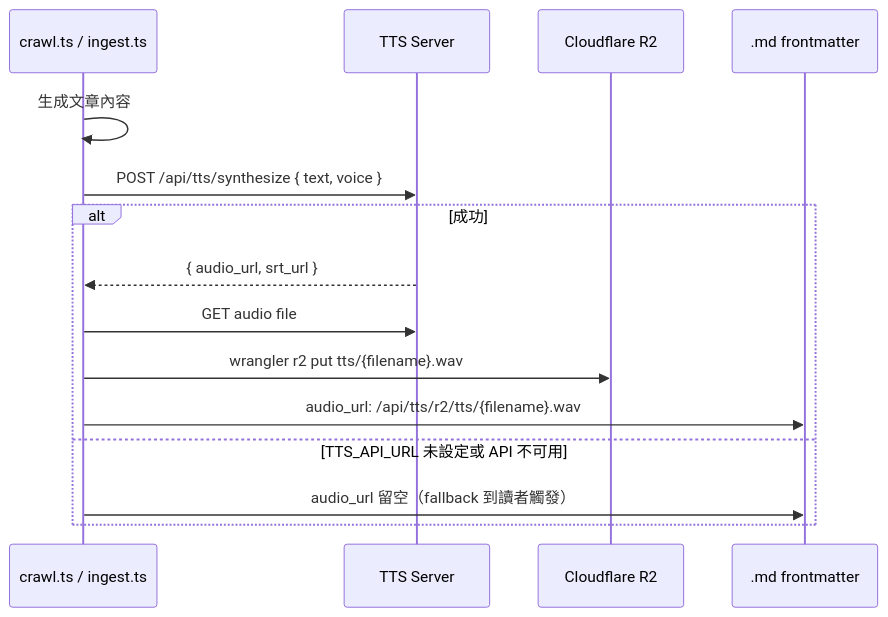
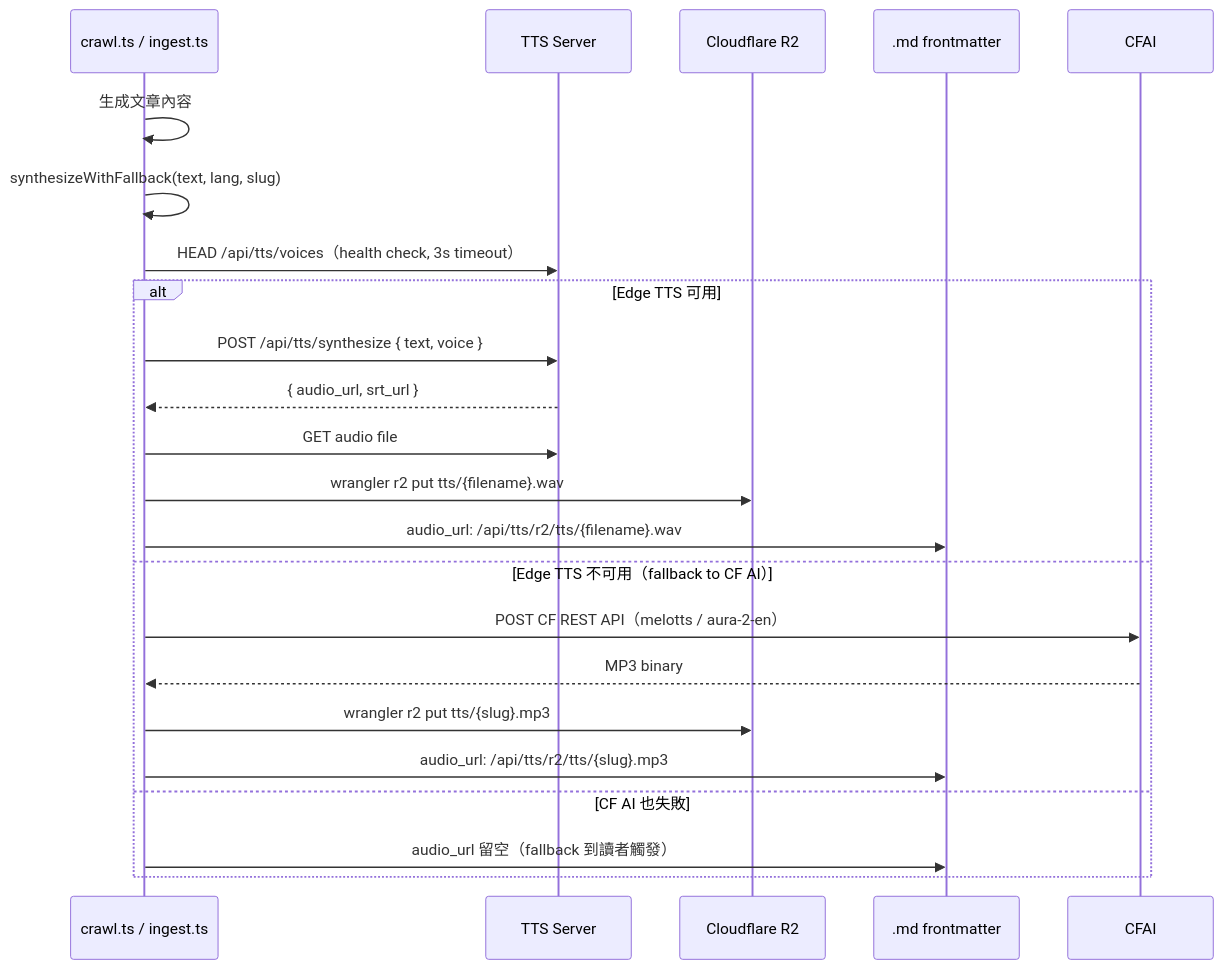
Before and after one commit to a920604a/engineernews: the first of 4 diagrams in docs/pipelines/tts.md, drawn with Mermaid. The commit also changed other lines of this file and 9 other files, not shown here.

First line of the commit message:
openspec: archive tts-cf-ai-fallback, sync specs, update docs

````diff
--- a/docs/pipelines/tts.md
+++ b/docs/pipelines/tts.md
@@ -34,18 +40,25 @@
 ```mermaid
 sequenceDiagram
   participant Script as crawl.ts / ingest.ts
   participant TTS as TTS Server
   participant R2 as Cloudflare R2
   participant MD as .md frontmatter
 
   Script->>Script: 生成文章內容
-  Script->>TTS: POST /api/tts/synthesize { text, voice }
-  alt 成功
+  Script->>Script: synthesizeWithFallback(text, lang, slug)
+  Script->>TTS: HEAD /api/tts/voices（health check, 3s timeout）
+  alt Edge TTS 可用
+    Script->>TTS: POST /api/tts/synthesize { text, voice }
     TTS-->>Script: { audio_url, srt_url }
     Script->>TTS: GET audio file
     Script->>R2: wrangler r2 put tts/{filename}.wav
     Script->>MD: audio_url: /api/tts/r2/tts/{filename}.wav
-  else TTS_API_URL 未設定或 API 不可用
+  else Edge TTS 不可用（fallback to CF AI）
+    Script->>CFAI: POST CF REST API（melotts / aura-2-en）
+    CFAI-->>Script: MP3 binary
+    Script->>R2: wrangler r2 put tts/{slug}.mp3
+    Script->>MD: audio_url: /api/tts/r2/tts/{slug}.mp3
+  else CF AI 也失敗
     Script->>MD: audio_url 留空（fallback 到讀者觸發）
   end
 ```
````
